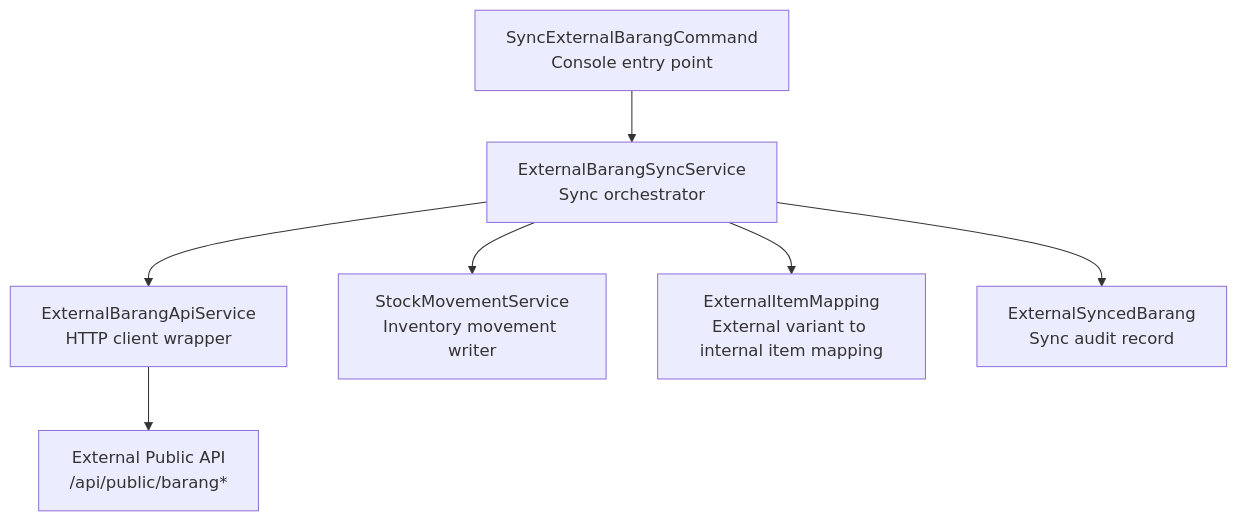
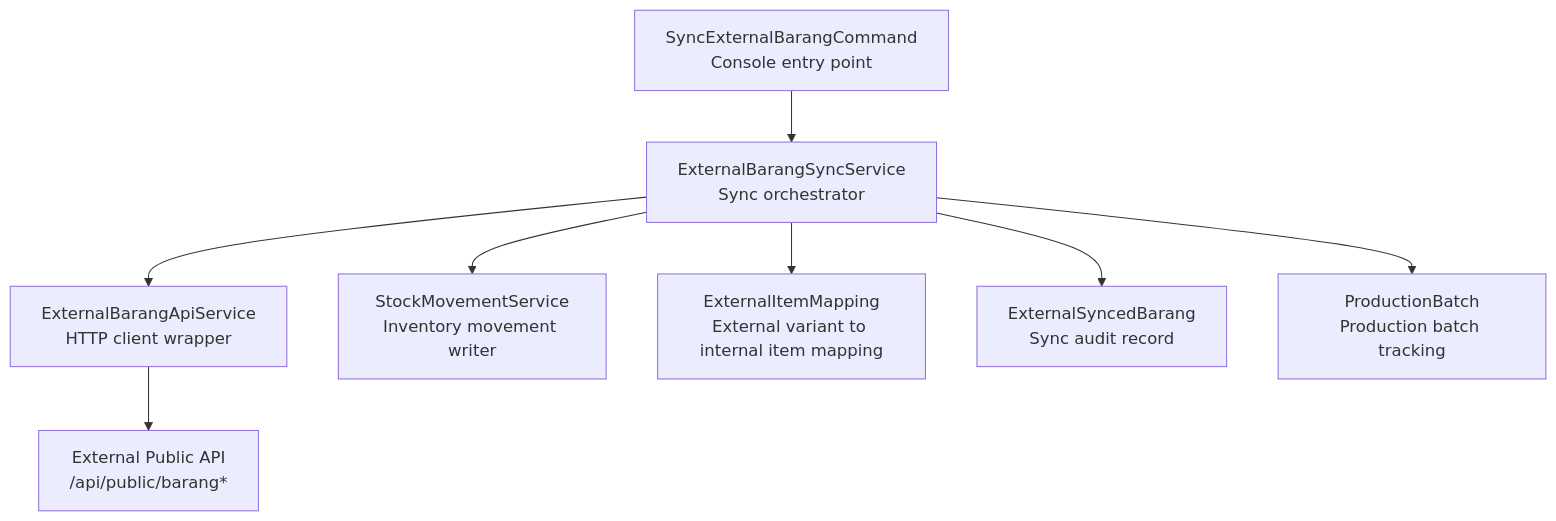
Before and after one commit to Dikksap/laravel_RsvHelmet: the first of 4 diagrams in .qoder/repowiki/en/content/Services Layer/External Barang Sync Service.md, drawn with Mermaid. The commit also changed other lines of this file and 129 other files, not shown here.

````diff
--- a/.qoder/repowiki/en/content/Services Layer/External Barang Sync Service.md
+++ b/.qoder/repowiki/en/content/Services Layer/External Barang Sync Service.md
@@ -42,9 +55,10 @@
 ```mermaid
 graph TB
 Command["SyncExternalBarangCommand<br/>Console entry point"] --> SyncService["ExternalBarangSyncService<br/>Sync orchestrator"]
 SyncService --> ApiService["ExternalBarangApiService<br/>HTTP client wrapper"]
 SyncService --> StockService["StockMovementService<br/>Inventory movement writer"]
 SyncService --> MappingModel["ExternalItemMapping<br/>External variant to internal item mapping"]
 SyncService --> SyncedModel["ExternalSyncedBarang<br/>Sync audit record"]
+SyncService --> ProdBatch["ProductionBatch<br/>Production batch tracking"]
 ApiService --> ExternalAPI["External Public API<br/>/api/public/barang*"]
 ```
````
